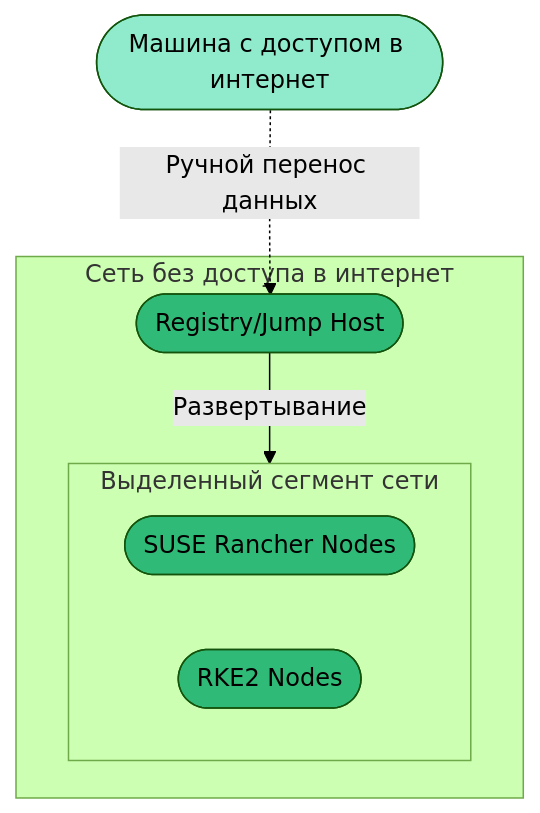
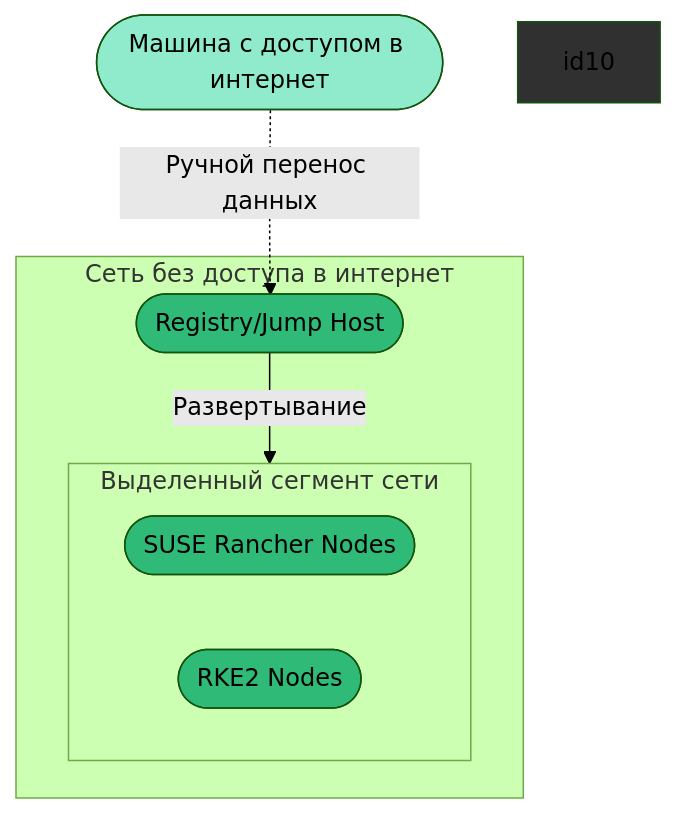
One commit to ppzhukov/airgap-10.2022 changed the diagram in README.md. Above: the diagram before and after it, drawn with Mermaid (forest theme).

````diff
--- a/README.md
+++ b/README.md
@@ -5,18 +5,19 @@
 ```mermaid
 flowchart TB
 style id1 fill:#90EBCD
 style id2 fill:#30BA78
 style id3 fill:#30BA78
 style id4 fill:#30BA78
+style id10 fill:#303030
 
   id1([Машина с доступом в интернет])
   id1 -.Ручной перенос данных.-> id2  
   subgraph d10 ["Сеть без доступа в интернет"]
     id2(["Registry/Jump Host"])
     id2 --> |Развертывание| d30
     subgraph d30 ["Выделенный сегмент сети"]
       id3([SUSE Rancher Nodes])
       id4([RKE2 Nodes])
     end
   end
 ```
````
